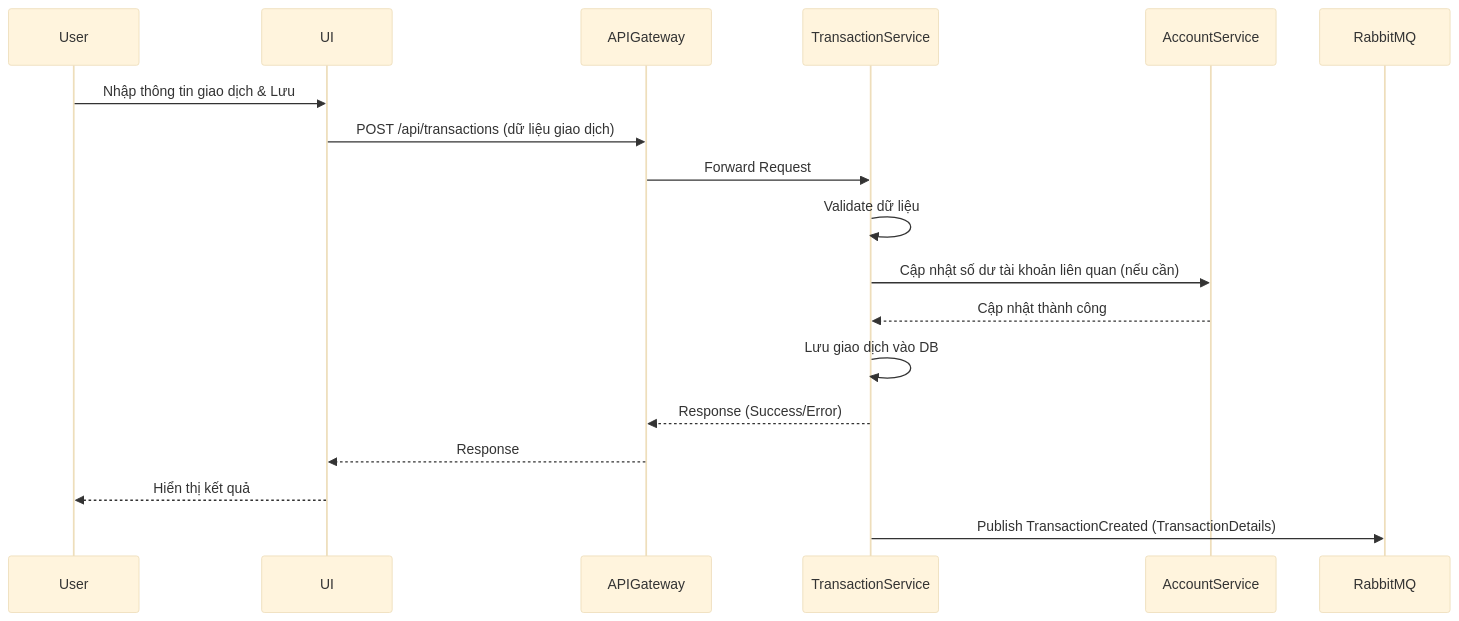
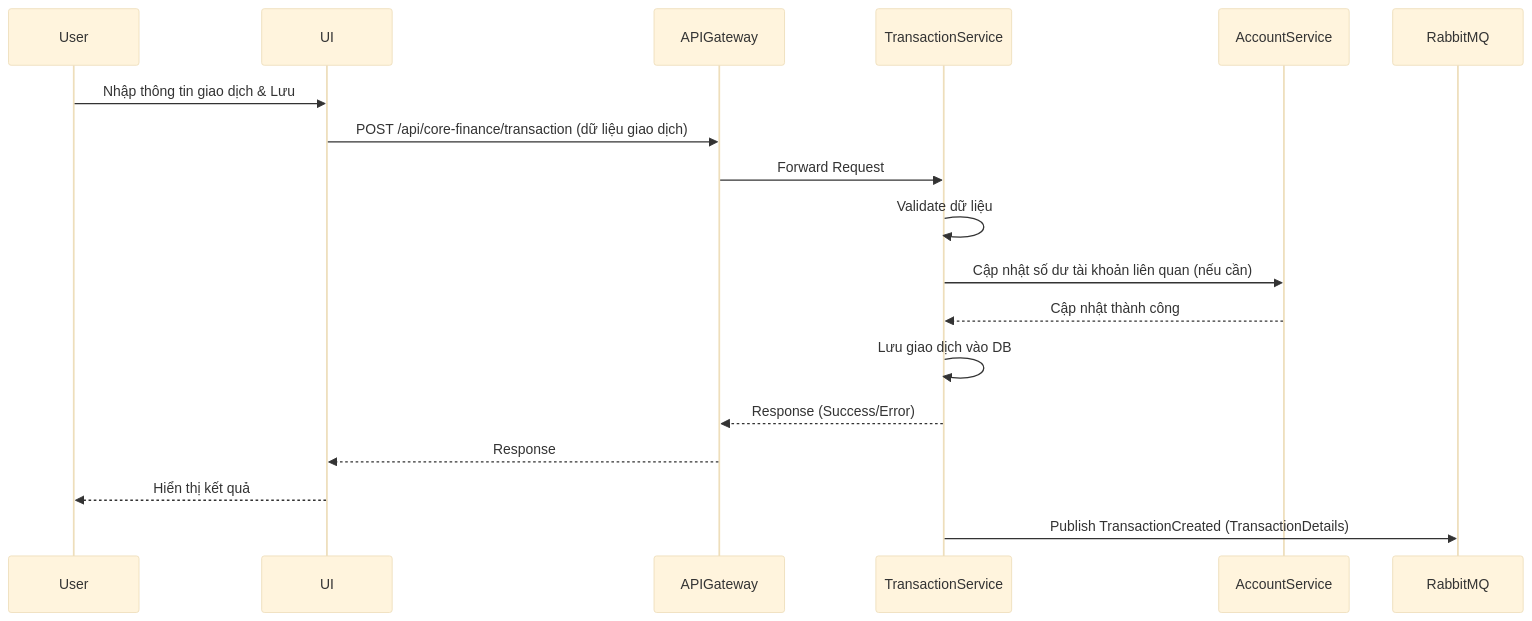
Before and after one commit to vinhltt/3_tihomo: the third of 3 diagrams in design/ba_design/ba_design_v1.md, drawn with Mermaid (base theme). The commit also changed 9 other files, not shown here.

Commit message:
feat: Update API endpoints to use core finance path and enhance transaction handling

````diff
--- a/design/ba_design/ba_design_v1.md
+++ b/design/ba_design/ba_design_v1.md
@@ -258,22 +258,22 @@
 ```mermaid
 sequenceDiagram
     participant User
     participant UI
     participant APIGateway
     participant TranSvc as TransactionService
     participant AccSvc as AccountService
     participant MsgBus as RabbitMQ
 
     User->>UI: Nhập thông tin giao dịch & Lưu
-    UI->>APIGateway: POST /api/transactions (dữ liệu giao dịch)
+    UI->>APIGateway: POST /api/core-finance/transaction (dữ liệu giao dịch)
     APIGateway->>TranSvc: Forward Request
     TranSvc->>TranSvc: Validate dữ liệu
     TranSvc->>AccSvc: Cập nhật số dư tài khoản liên quan (nếu cần)
     AccSvc-->>TranSvc: Cập nhật thành công
     TranSvc->>TranSvc: Lưu giao dịch vào DB
     TranSvc-->>APIGateway: Response (Success/Error)
     APIGateway-->>UI: Response
     UI-->>User: Hiển thị kết quả
     TranSvc->>MsgBus: Publish TransactionCreated (TransactionDetails) # Event cho các service khác (Reporting, Budget, etc.)
 
 ```
````
